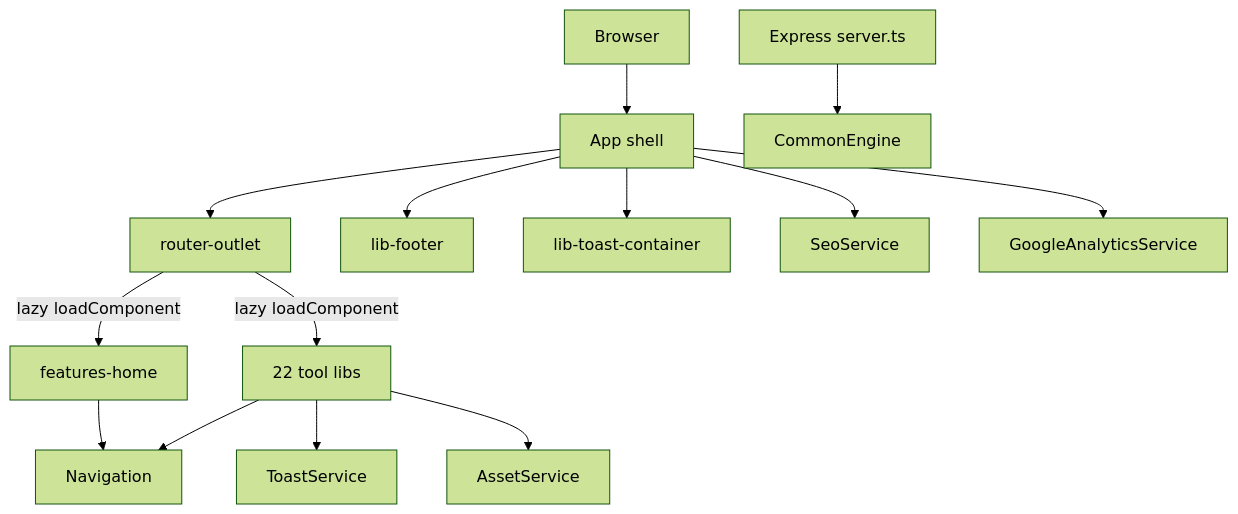
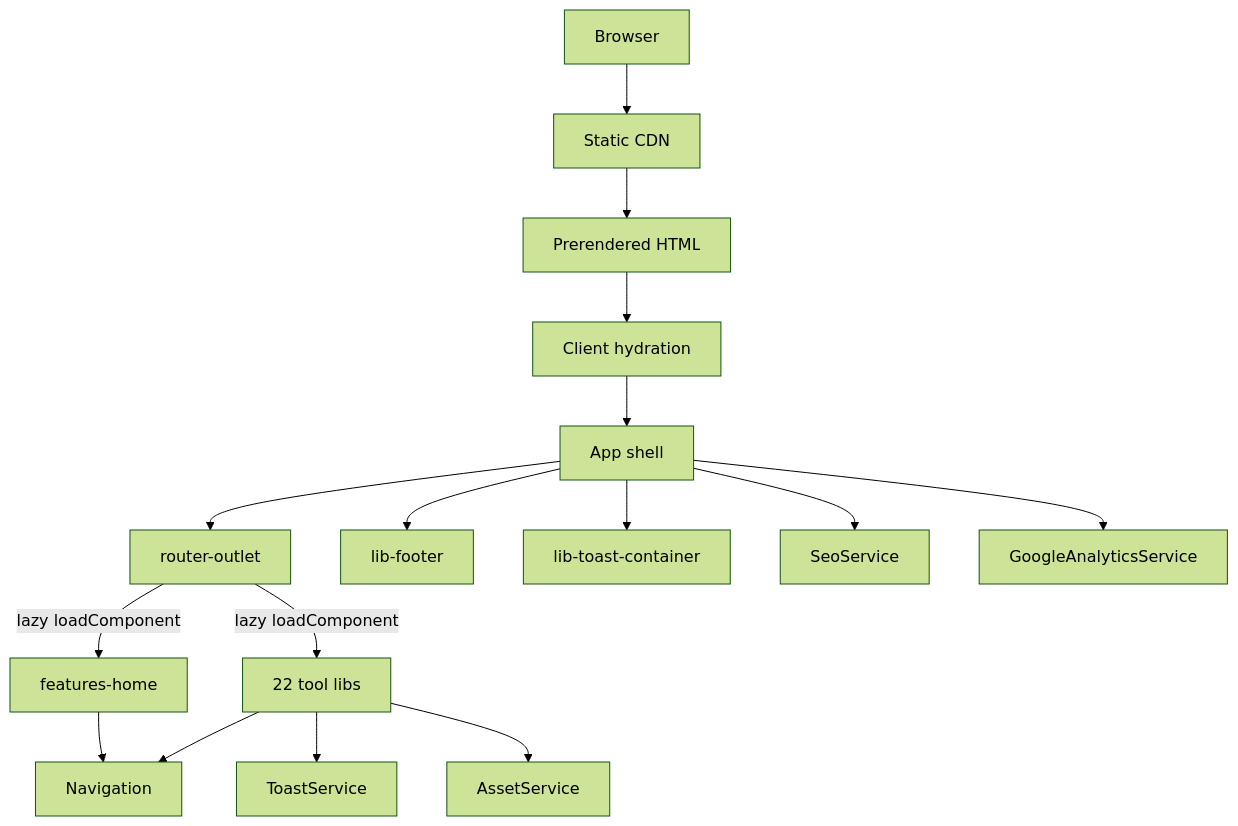
One commit to Aswinkumar20/new-tools changed the first of 7 diagrams in tools-workspace/docs/architecture.md. Above: the diagram before and after it, drawn with Mermaid (forest theme). The commit also changed other lines of this file and 552 other files, not shown here.

````diff
--- a/tools-workspace/docs/architecture.md
+++ b/tools-workspace/docs/architecture.md
@@ -45,16 +45,18 @@
 ```mermaid
 flowchart TB
-  User[Browser] --> App[App shell]
+  User[Browser] --> CDN[Static CDN]
+  CDN --> HTML[Prerendered HTML]
+  HTML --> Hydrate[Client hydration]
+  Hydrate --> App[App shell]
   App --> Outlet[router-outlet]
   App --> Footer[lib-footer]
   App --> Toast[lib-toast-container]
   App --> SEO[SeoService]
   App --> GA[GoogleAnalyticsService]
   Outlet -->|lazy loadComponent| Home[features-home]
   Outlet -->|lazy loadComponent| Tools[22 tool libs]
   Home --> Nav[Navigation]
   Tools --> Nav
   Tools --> ToastSvc[ToastService]
   Tools --> Assets[AssetService]
-  SSR[Express server.ts] --> Engine[CommonEngine]
 ```
````
